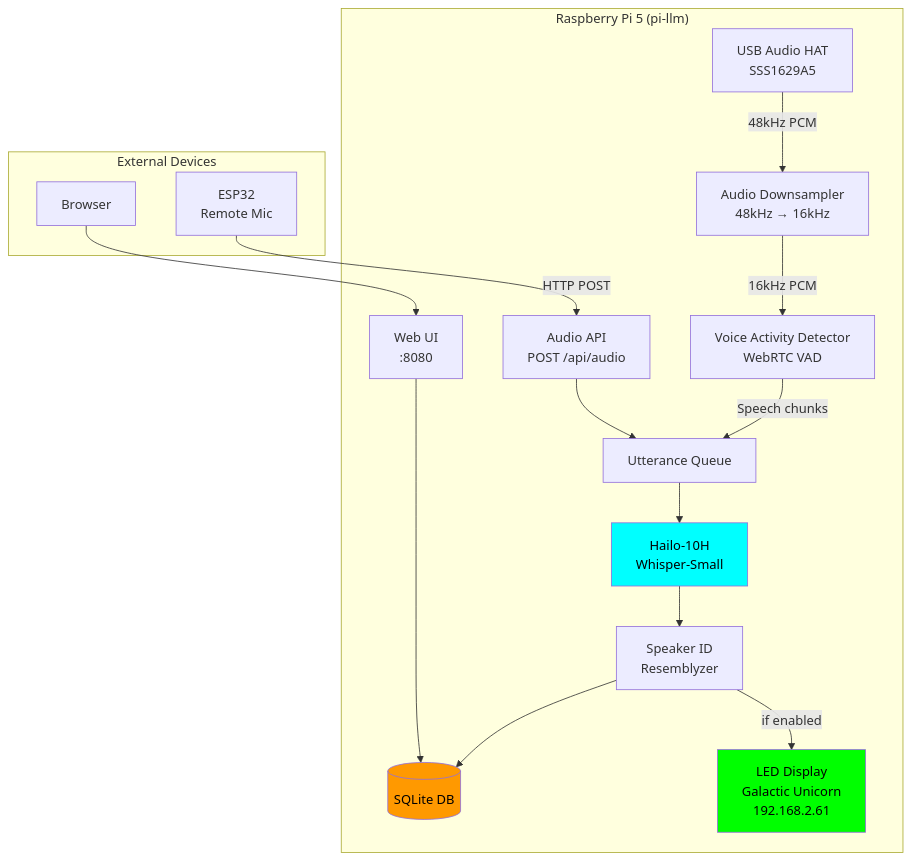
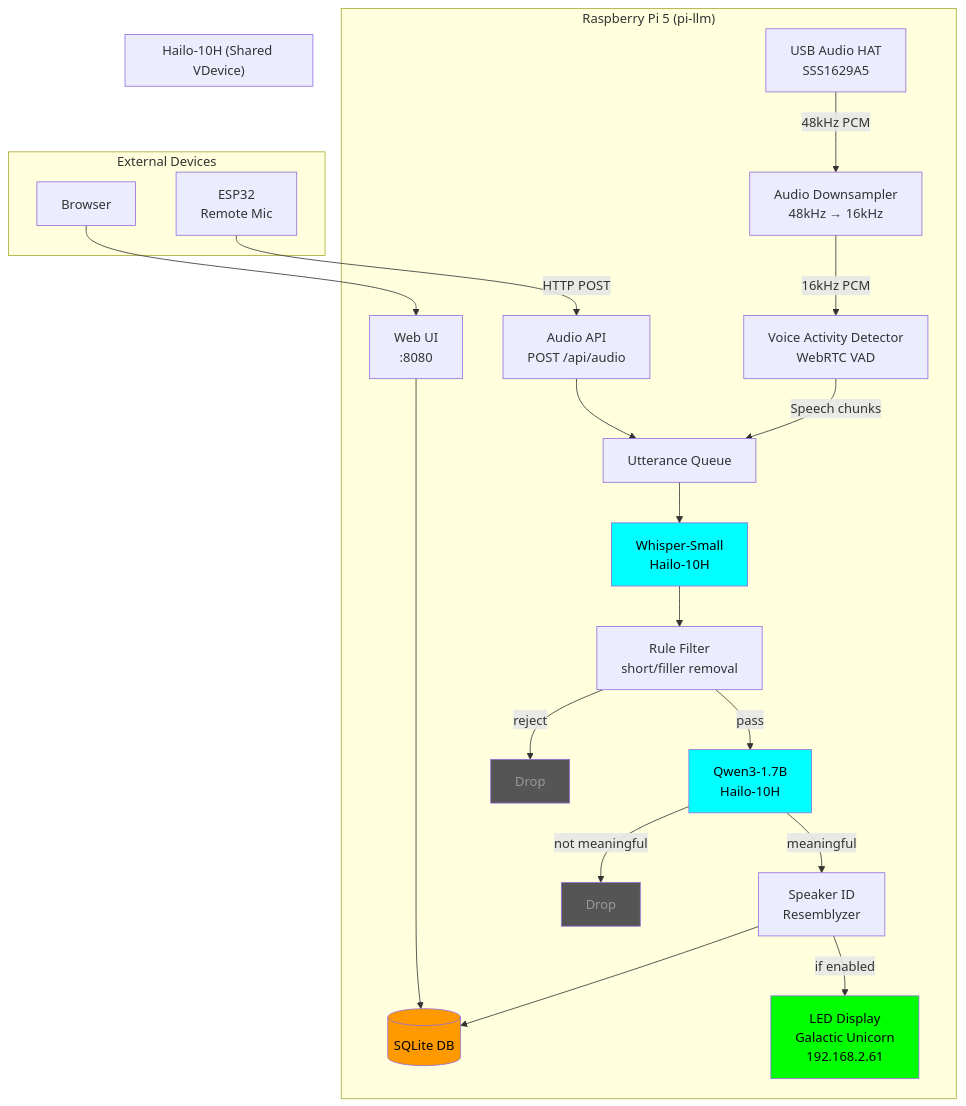
The first of 2 diagrams in README.md (kotamorishi/pi-news-researcher), drawn with Mermaid before and after one commit. The commit also changed other lines of this file, not shown here.

Commit message:
Update README: add LLM filter, shared VDevice, content filtering docs

````diff
--- a/README.md
+++ b/README.md
@@ -8,24 +8,36 @@
 ```mermaid
 graph TB
     subgraph "Raspberry Pi 5 (pi-llm)"
         MIC[USB Audio HAT<br/>SSS1629A5] -->|48kHz PCM| AD[Audio Downsampler<br/>48kHz → 16kHz]
         AD -->|16kHz PCM| VAD[Voice Activity Detector<br/>WebRTC VAD]
         VAD -->|Speech chunks| Q[Utterance Queue]
-        Q --> WHISPER[Hailo-10H<br/>Whisper-Small]
-        WHISPER --> SPEAKER[Speaker ID<br/>Resemblyzer]
+        Q --> WHISPER[Whisper-Small<br/>Hailo-10H]
+        WHISPER --> RULE[Rule Filter<br/>short/filler removal]
+        RULE -->|pass| LLM[Qwen3-1.7B<br/>Hailo-10H]
+        RULE -->|reject| DROP1[Drop]
+        LLM -->|meaningful| SPEAKER[Speaker ID<br/>Resemblyzer]
+        LLM -->|not meaningful| DROP2[Drop]
         SPEAKER --> DB[(SQLite DB)]
         SPEAKER -->|if enabled| LED
         WEB[Web UI<br/>:8080] --> DB
         API[Audio API<br/>POST /api/audio] --> Q
     end
 
     subgraph "External Devices"
         LED[LED Display<br/>Galactic Unicorn<br/>192.168.2.61]
         ESP[ESP32<br/>Remote Mic] -->|HTTP POST| API
         BROWSER[Browser] --> WEB
     end
 
+    subgraph "Hailo-10H (Shared VDevice)"
+        WHISPER
+        LLM
+    end
+
     style WHISPER fill:#0ff,color:#000
+    style LLM fill:#0ff,color:#000
     style DB fill:#f90,color:#000
     style LED fill:#0f0,color:#000
+    style DROP1 fill:#555,color:#999
+    style DROP2 fill:#555,color:#999
 ```
````
